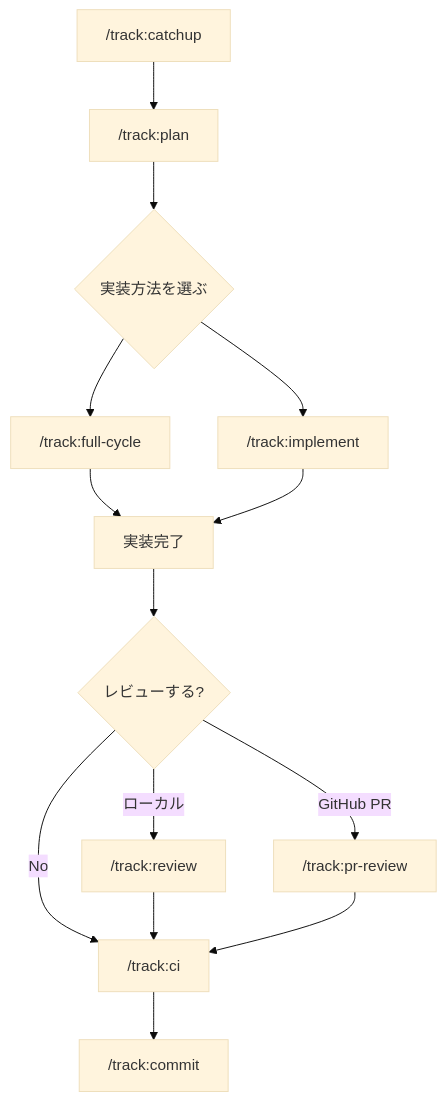
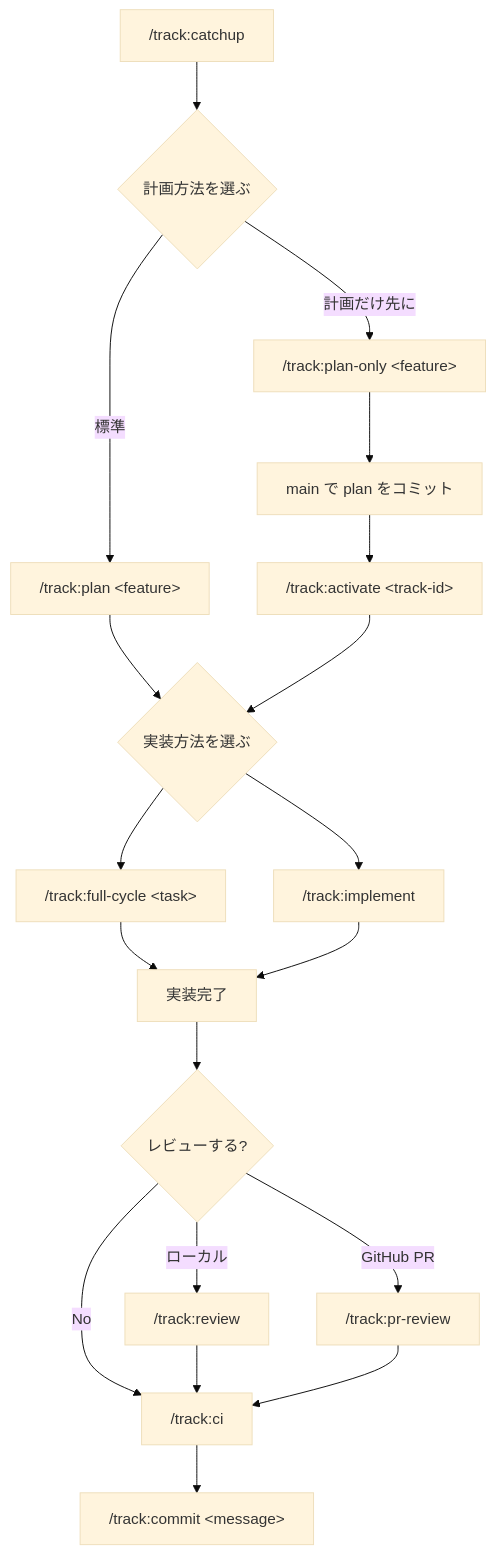
One commit to Flip451/SoTOHE-core changed the diagram in DEVELOPER_AI_WORKFLOW.md. Above: the diagram before and after it, drawn with Mermaid (base theme). The commit also changed other lines of this file and 13 other files, not shown here.

Commit message:
Update docs and registry for plan-only/activate model (T003 done + T004)

````diff
--- a/DEVELOPER_AI_WORKFLOW.md
+++ b/DEVELOPER_AI_WORKFLOW.md
@@ -53,16 +53,21 @@
 ```mermaid
 flowchart TD
-    A["/track:catchup"] --> B["/track:plan <feature>"]
-    B --> D{実装方法を選ぶ}
-    D --> E["/track:full-cycle <task>"]
+    A["/track:catchup"] --> B{計画方法を選ぶ}
+    B -->|"標準"| P1["/track:plan &lt;feature&gt;"]
+    B -->|"計画だけ先に"| P2["/track:plan-only &lt;feature&gt;"]
+    P1 --> D{実装方法を選ぶ}
+    P2 --> PM["main で plan をコミット"]
+    PM --> ACT["/track:activate &lt;track-id&gt;"]
+    ACT --> D
+    D --> E["/track:full-cycle &lt;task&gt;"]
     D --> F["/track:implement"]
     E --> G["実装完了"]
     F --> G
     G --> H{"レビューする?"}
     H -->|"ローカル"| I["/track:review"]
     H -->|"GitHub PR"| I2["/track:pr-review"]
     H -->|No| J["/track:ci"]
     I --> J
     I2 --> J
-    J --> K["/track:commit <message>"]
+    J --> K["/track:commit &lt;message&gt;"]
 ```
````
